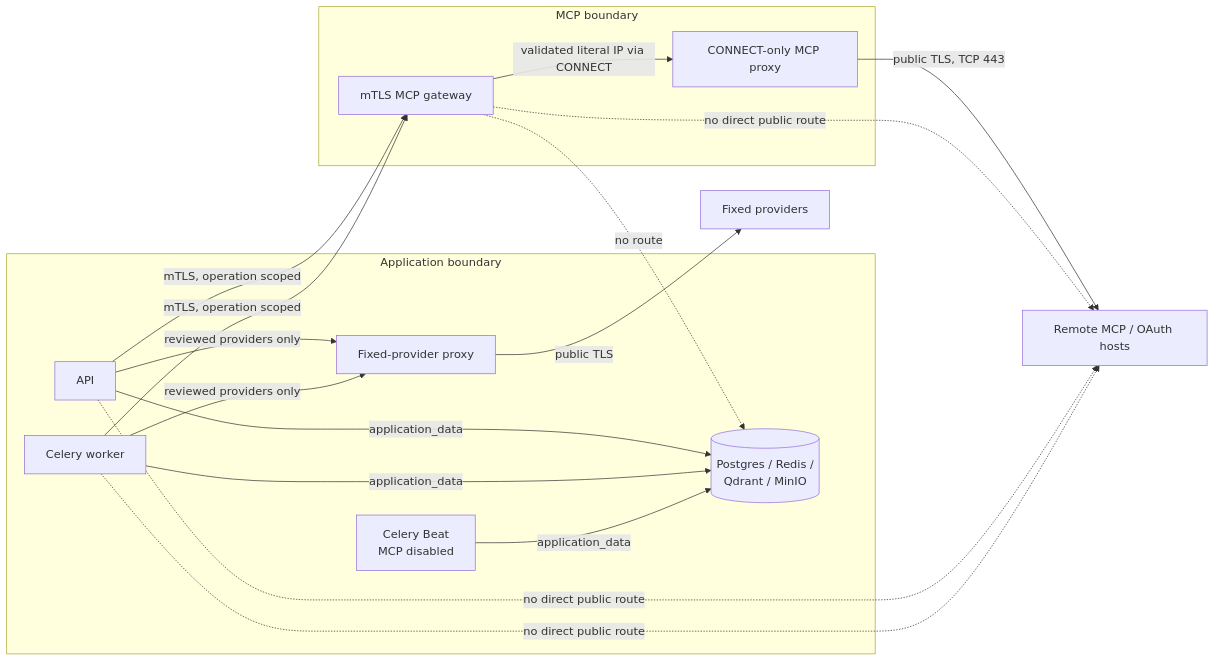
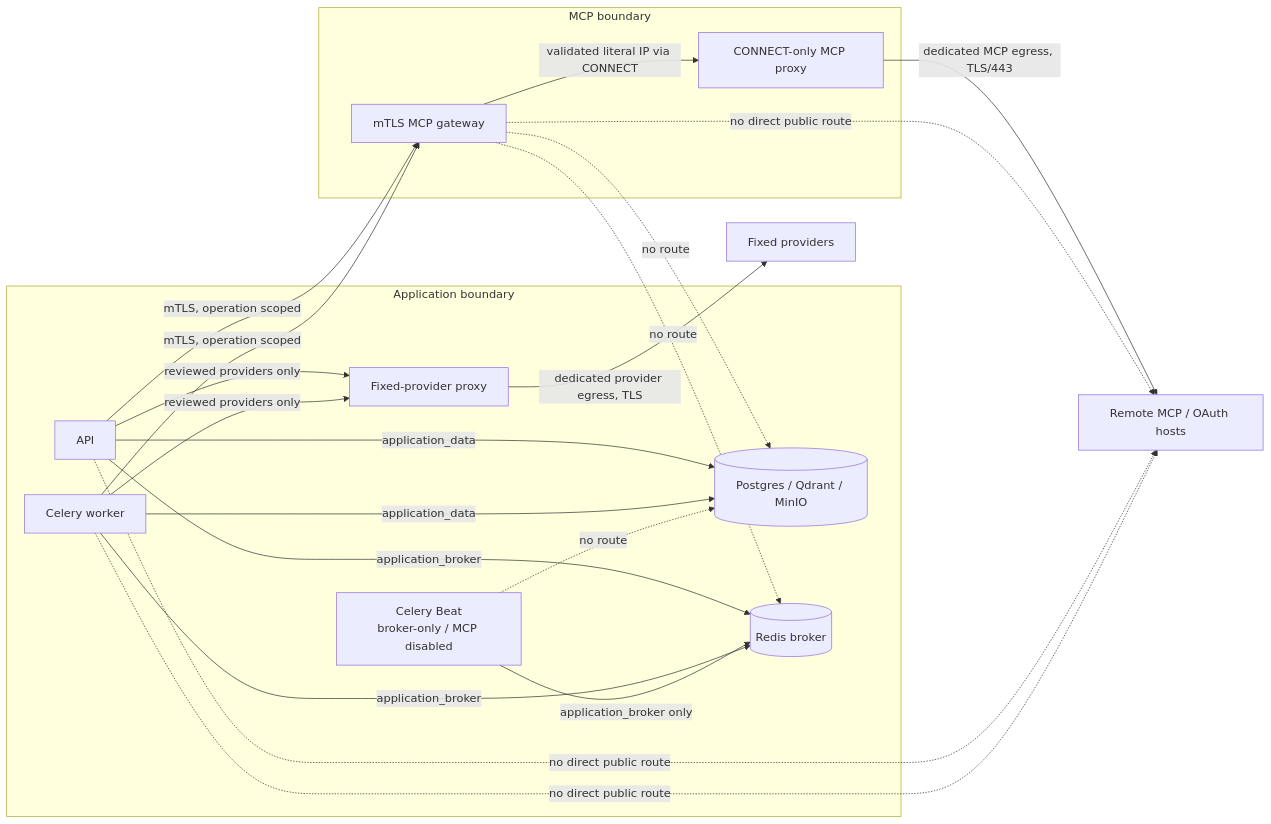
The diagram in docs/integrations/mcp-connectors.md (Geem-Ai/Geem-Platform), drawn with Mermaid before and after one commit. The commit also changed other lines of this file and 47 other files, not shown here.

````diff
--- a/docs/integrations/mcp-connectors.md
+++ b/docs/integrations/mcp-connectors.md
@@ -110,31 +133,36 @@
 ```mermaid
 flowchart LR
   subgraph App[Application boundary]
     API[API]
     W[Celery worker]
-    B[Celery Beat<br/>MCP disabled]
-    DB[(Postgres / Redis /<br/>Qdrant / MinIO)]
+    B[Celery Beat<br/>broker-only / MCP disabled]
+    DB[(Postgres / Qdrant / MinIO)]
+    R[(Redis broker)]
     AP[Fixed-provider proxy]
   end
 
   subgraph MCP[MCP boundary]
     G[mTLS MCP gateway]
     MP[CONNECT-only MCP proxy]
   end
 
   API -->|application_data| DB
+  API -->|application_broker| R
   W -->|application_data| DB
-  B -->|application_data| DB
+  W -->|application_broker| R
+  B -->|application_broker only| R
   API -->|reviewed providers only| AP
   W -->|reviewed providers only| AP
   API -->|mTLS, operation scoped| G
   W -->|mTLS, operation scoped| G
   G -->|validated literal IP via CONNECT| MP
-  AP -->|public TLS| FP[Fixed providers]
-  MP -->|public TLS, TCP 443| RMCP[Remote MCP / OAuth hosts]
+  AP -->|dedicated provider egress, TLS| FP[Fixed providers]
+  MP -->|dedicated MCP egress, TLS/443| RMCP[Remote MCP / OAuth hosts]
 
   G -. no route .-> DB
+  G -. no route .-> R
+  B -. no route .-> DB
   G -. no direct public route .-> RMCP
   API -. no direct public route .-> RMCP
   W -. no direct public route .-> RMCP
 ```
````
